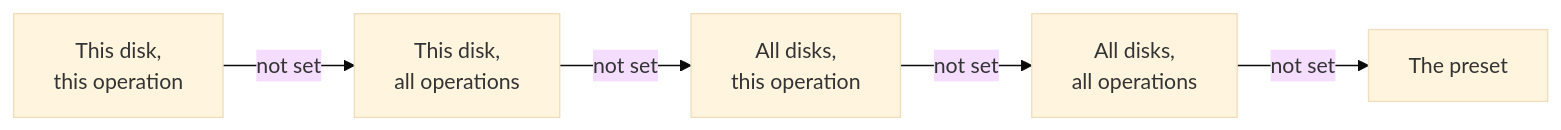
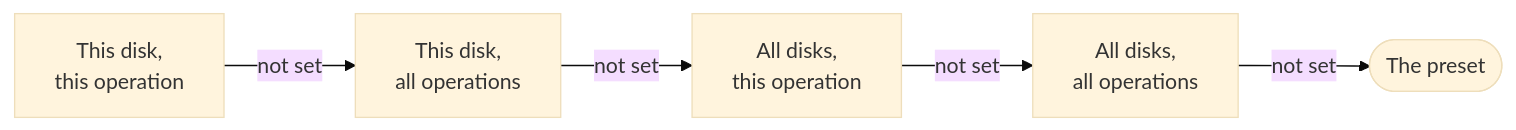
Before and after one commit to FreeProject089/BetterModsManager: the third of 7 diagrams in frontend/assets/docs/en/how-it-works/resources.md, drawn with Mermaid (base theme). The commit also changed other lines of this file and 176 other files, not shown here.

````diff
--- a/frontend/assets/docs/en/how-it-works/resources.md
+++ b/frontend/assets/docs/en/how-it-works/resources.md
@@ -147,7 +147,7 @@
 ```mermaid
 flowchart LR
-    A["This disk,<br/>this operation"] -->|"not set"| B["This disk,<br/>all operations"]
-    B -->|"not set"| C["All disks,<br/>this operation"]
-    C -->|"not set"| D["All disks,<br/>all operations"]
-    D -->|"not set"| E["The preset"]
+    A["This disk,<br/>this operation"] -- "not set" --> B["This disk,<br/>all operations"]
+    B -- "not set" --> C["All disks,<br/>this operation"]
+    C -- "not set" --> D["All disks,<br/>all operations"]
+    D -- "not set" --> E(["The preset"])
 ```
````
